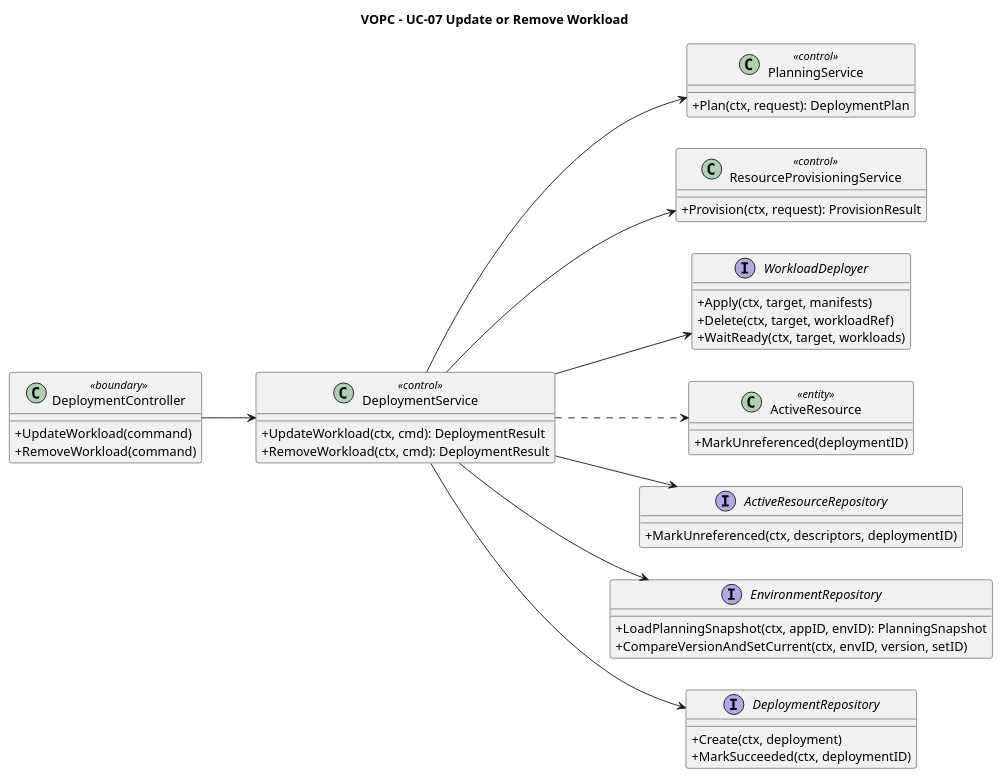
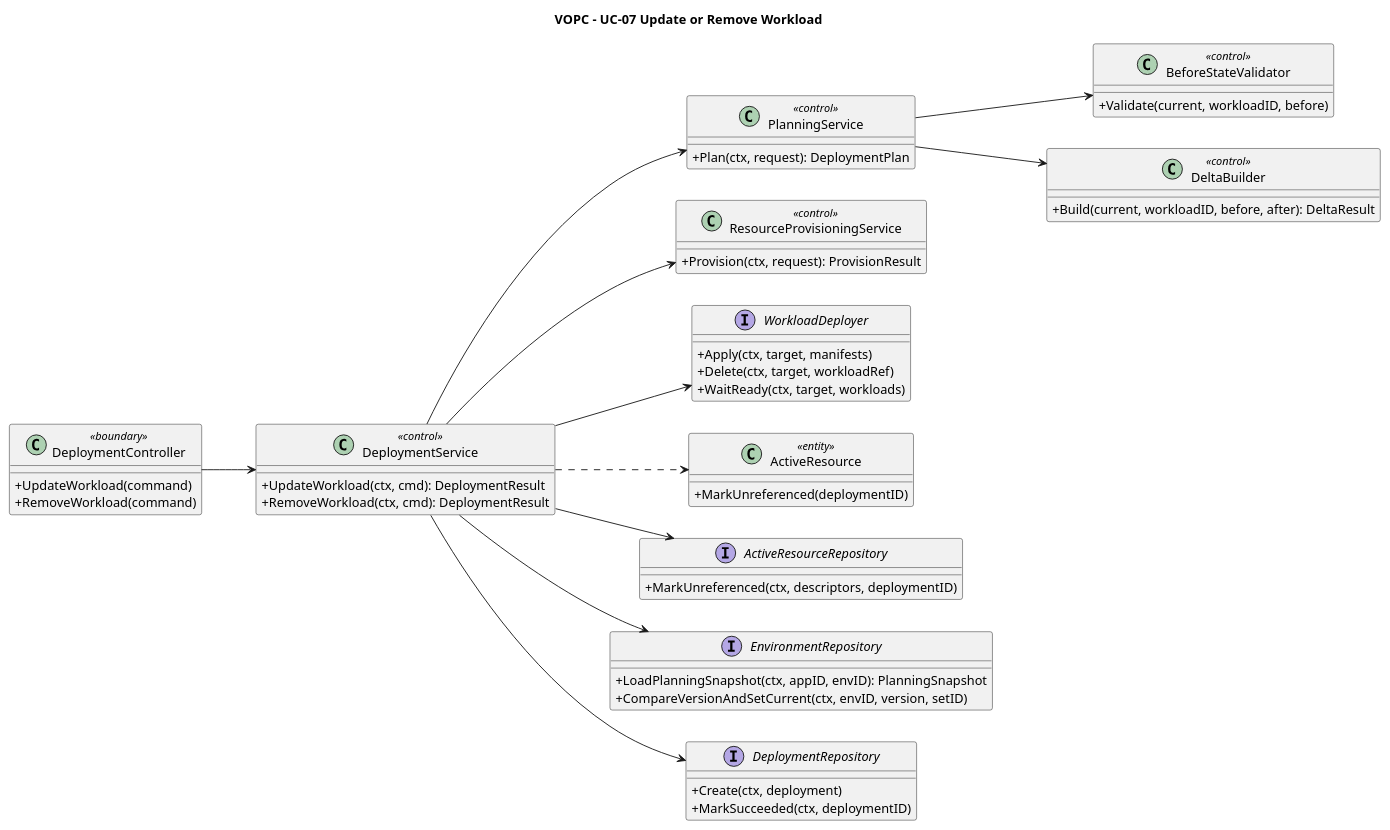
The diagram in orchestrator_docs/usecase/UC-07/vopc.puml (pr3s3nt/poc), drawn with PlantUML before and after one commit. The commit also changed 139 other files, not shown here.

```diff
--- a/orchestrator_docs/usecase/UC-07/vopc.puml
+++ b/orchestrator_docs/usecase/UC-07/vopc.puml
@@ -1,46 +1,54 @@
 @startuml
 title VOPC - UC-07 Update or Remove Workload
 left to right direction
 skinparam classAttributeIconSize 0
 class DeploymentController <<boundary>> {
   +UpdateWorkload(command)
   +RemoveWorkload(command)
 }
 class DeploymentService <<control>> {
   +UpdateWorkload(ctx, cmd): DeploymentResult
   +RemoveWorkload(ctx, cmd): DeploymentResult
 }
 class PlanningService <<control>> {
   +Plan(ctx, request): DeploymentPlan
+}
+class BeforeStateValidator <<control>> {
+  +Validate(current, workloadID, before)
+}
+class DeltaBuilder <<control>> {
+  +Build(current, workloadID, before, after): DeltaResult
 }
 class ResourceProvisioningService <<control>> {
   +Provision(ctx, request): ProvisionResult
 }
 interface WorkloadDeployer {
   +Apply(ctx, target, manifests)
   +Delete(ctx, target, workloadRef)
   +WaitReady(ctx, target, workloads)
 }
 class ActiveResource <<entity>> {
   +MarkUnreferenced(deploymentID)
 }
 interface ActiveResourceRepository {
   +MarkUnreferenced(ctx, descriptors, deploymentID)
 }
 interface EnvironmentRepository {
   +LoadPlanningSnapshot(ctx, appID, envID): PlanningSnapshot
   +CompareVersionAndSetCurrent(ctx, envID, version, setID)
 }
 interface DeploymentRepository {
   +Create(ctx, deployment)
   +MarkSucceeded(ctx, deploymentID)
 }
 DeploymentController --> DeploymentService
 DeploymentService --> PlanningService
+PlanningService --> BeforeStateValidator
+PlanningService --> DeltaBuilder
 DeploymentService --> ResourceProvisioningService
 DeploymentService --> WorkloadDeployer
 DeploymentService --> ActiveResourceRepository
 DeploymentService --> EnvironmentRepository
 DeploymentService --> DeploymentRepository
 DeploymentService ..> ActiveResource
 @enduml
```
